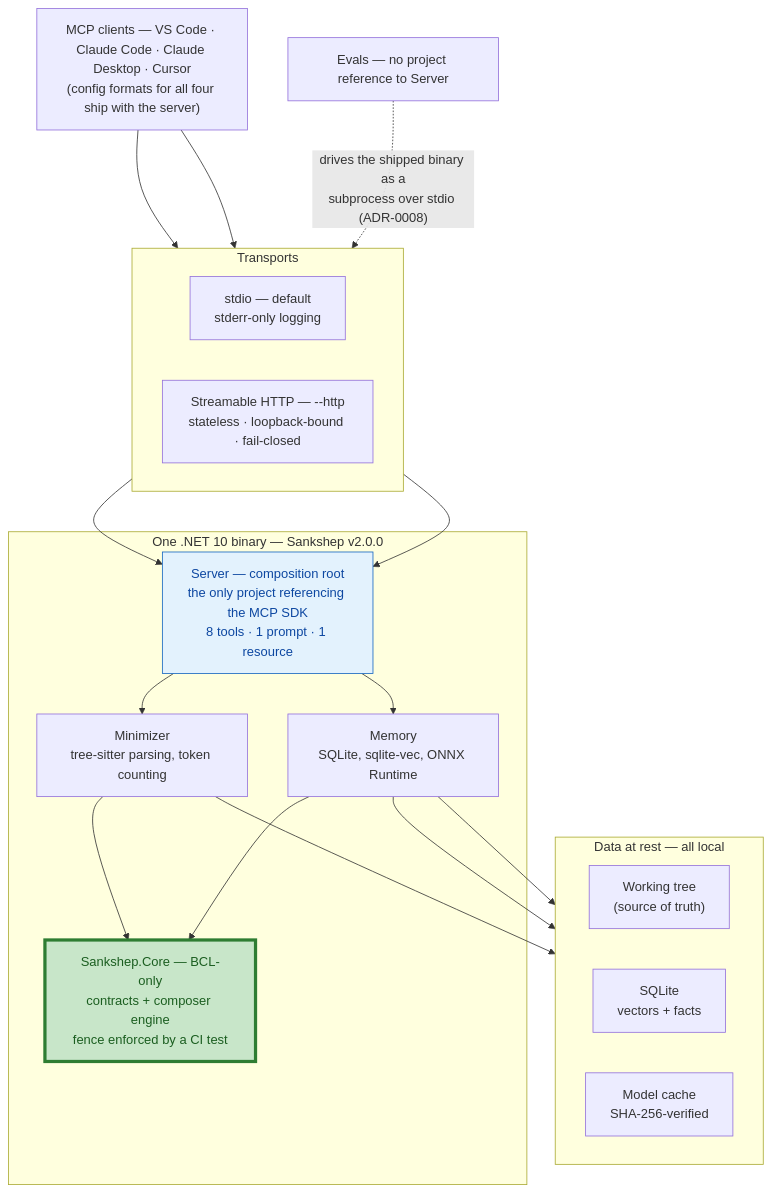
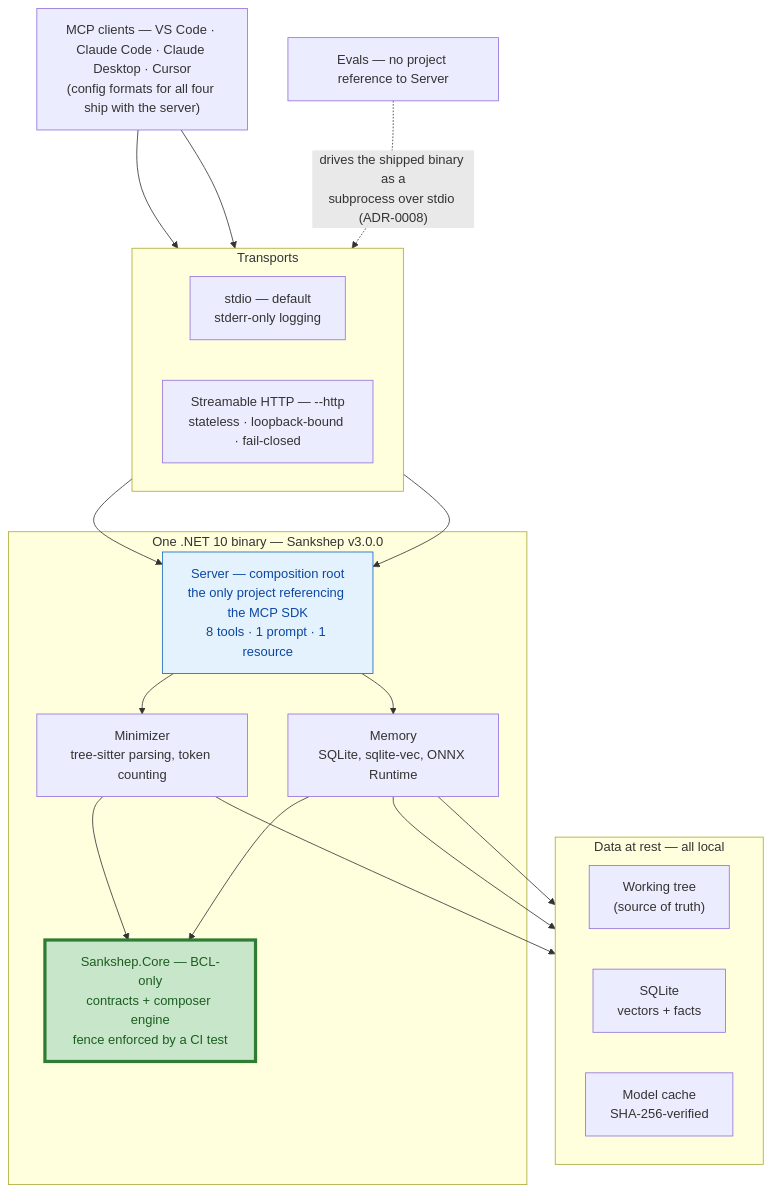
The first of 3 diagrams in docs/part5-capstone/architecture.md (nitinpawar28/AI-learn), drawn with Mermaid before and after one commit. The commit also changed other lines of this file and 9 other files, not shown here.

````diff
--- a/docs/part5-capstone/architecture.md
+++ b/docs/part5-capstone/architecture.md
@@ -23,39 +23,39 @@
 ```mermaid
 flowchart TB
     IDE["MCP clients — VS Code · Claude Code · Claude Desktop · Cursor<br/>(config formats for all four ship with the server)"]
     subgraph TRANS["Transports"]
         direction LR
         STDIO["stdio — default<br/>stderr-only logging"]
         HTTP["Streamable HTTP — --http<br/>stateless · loopback-bound · fail-closed"]
     end
-    subgraph BIN["One .NET 10 binary — Sankshep v2.0.0"]
+    subgraph BIN["One .NET 10 binary — Sankshep v3.0.0"]
         SRV["Server — composition root<br/>the only project referencing the MCP SDK<br/>8 tools · 1 prompt · 1 resource"]
         MIN["Minimizer<br/>tree-sitter parsing, token counting"]
         MEM["Memory<br/>SQLite, sqlite-vec, ONNX Runtime"]
         CORE["Sankshep.Core — BCL-only<br/>contracts + composer engine<br/>fence enforced by a CI test"]
         SRV --> MIN
         SRV --> MEM
         MIN --> CORE
         MEM --> CORE
     end
     subgraph STORES["Data at rest — all local"]
         direction LR
         WT["Working tree<br/>(source of truth)"]
         DB["SQLite<br/>vectors + facts"]
         MC["Model cache<br/>SHA-256-verified"]
     end
     EV["Evals — no project reference to Server"]
     IDE --> STDIO
     IDE --> HTTP
     STDIO --> SRV
     HTTP --> SRV
     MIN --> WT
     MEM --> DB
     MEM --> MC
     EV -. "drives the shipped binary as a<br/>subprocess over stdio (ADR-0008)" .-> STDIO
 
     classDef fence fill:#c8e6c9,stroke:#2e7d32,stroke-width:4px,color:#1b5e20;
     classDef edge fill:#e3f2fd,stroke:#1565c0,color:#0d47a1;
     class CORE fence;
     class SRV edge;
 ```
````
